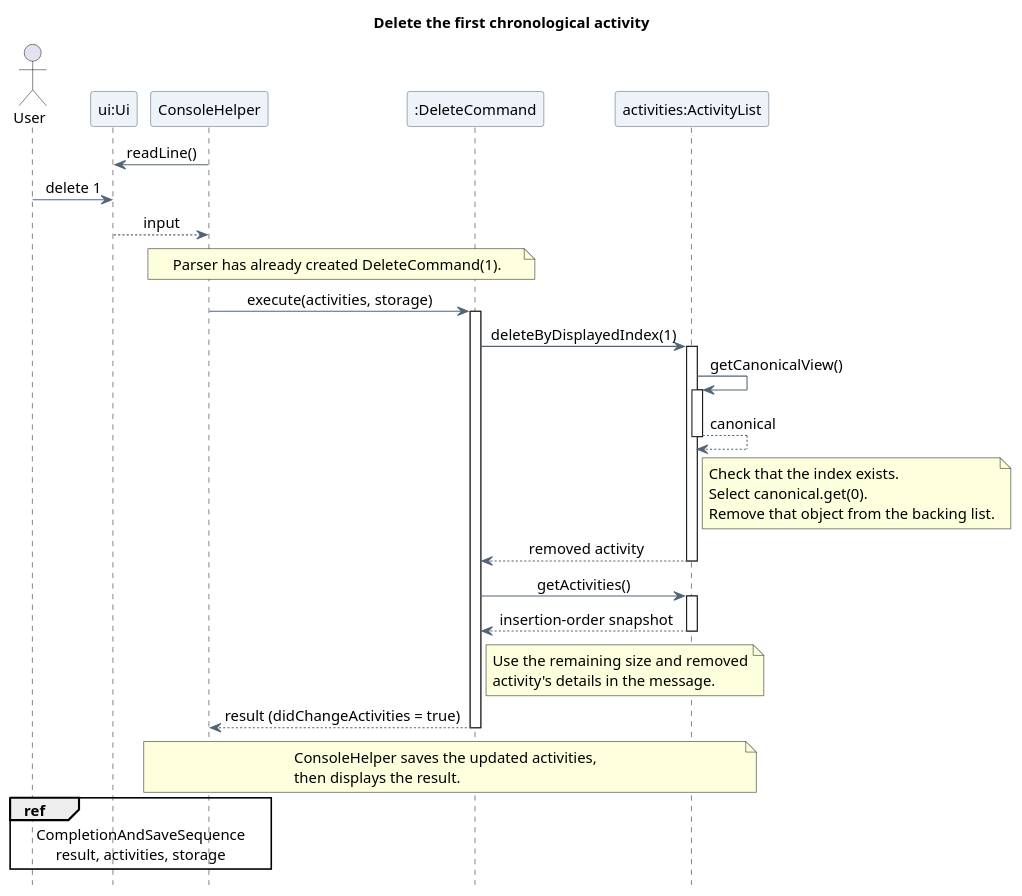
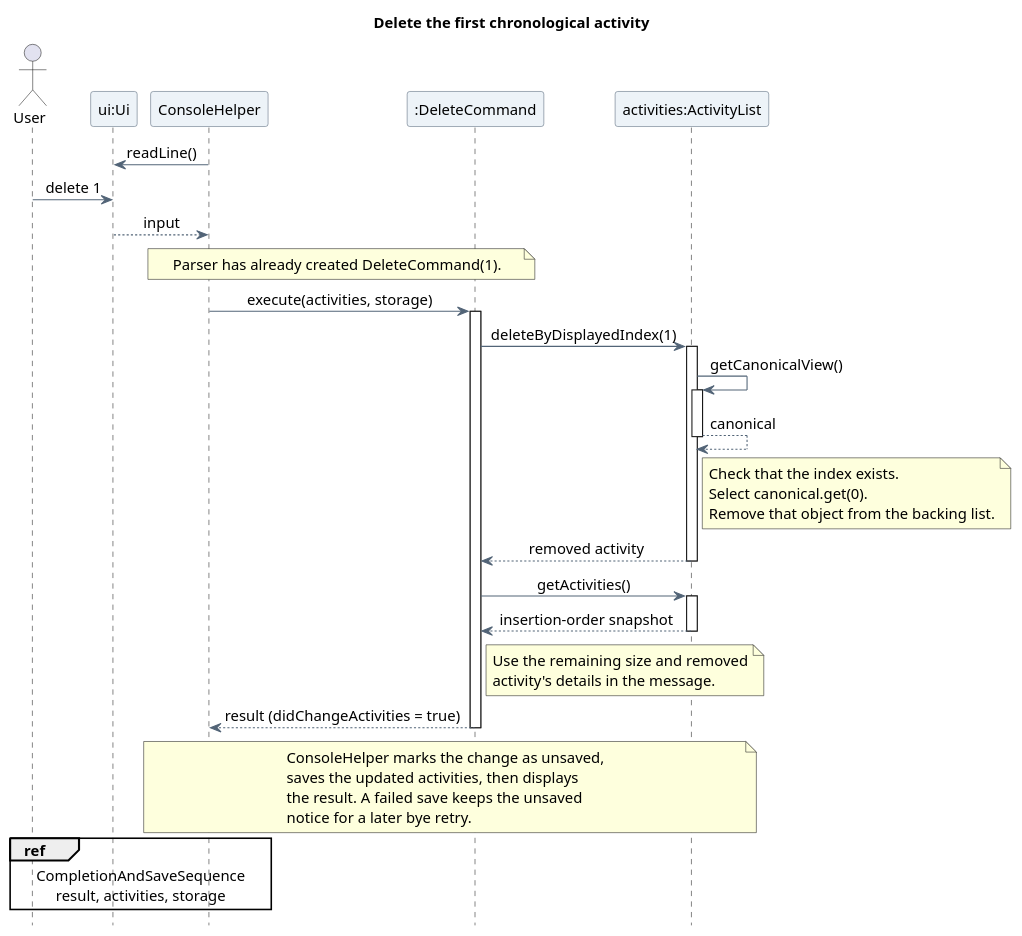
One commit to AY2627S1-CS2113-T10-4/tp changed the diagram in docs/diagrams/asyraf/sequence/DeleteActivitySequence.puml. Above: the diagram before and after it, drawn with PlantUML. The commit also changed 1 other file, not shown here.

Commit message:
docs: update Asyraf diagrams
Merge conflict-resolved Asyraf diagram updates.

```diff
--- a/docs/diagrams/asyraf/sequence/DeleteActivitySequence.puml
+++ b/docs/diagrams/asyraf/sequence/DeleteActivitySequence.puml
@@ -2,59 +2,61 @@
 @startuml
 title Delete the first chronological activity
 skinparam backgroundColor white
 skinparam shadowing false
 skinparam defaultFontName SansSerif
 skinparam defaultFontSize 14
 skinparam ParticipantBackgroundColor #EDF3F8
 skinparam ParticipantBorderColor #526477
 skinparam ArrowColor #526477
 skinparam sequenceMessageAlign center
 hide footbox
 
 actor "User" as User
 participant "ui:Ui" as UI
 participant "ConsoleHelper" as Console
 participant ":DeleteCommand" as Delete
 participant "activities:ActivityList" as Activities
 
 Console -> UI : readLine()
 User -> UI : delete 1
 UI --> Console : input
 
 note over Console, Delete
   Parser has already created DeleteCommand(1).
 end note
 Console -> Delete : execute(activities, storage)
 activate Delete
 Delete -> Activities : deleteByDisplayedIndex(1)
 activate Activities
 Activities -> Activities : getCanonicalView()
 activate Activities
 Activities --> Activities : canonical
 deactivate Activities
 note right of Activities
   Check that the index exists.
   Select canonical.get(0).
   Remove that object from the backing list.
 end note
 Activities --> Delete : removed activity
 deactivate Activities
 Delete -> Activities : getActivities()
 activate Activities
 Activities --> Delete : insertion-order snapshot
 deactivate Activities
 note right of Delete
   Use the remaining size and removed
   activity's details in the message.
 end note
 Delete --> Console : result (didChangeActivities = true)
 deactivate Delete
 note over Console, Activities
-  ConsoleHelper saves the updated activities,
-  then displays the result.
+  ConsoleHelper marks the change as unsaved,
+  saves the updated activities, then displays
+  the result. A failed save keeps the unsaved
+  notice for a later bye retry.
 end note
 ref over User, Console
   CompletionAndSaveSequence
   result, activities, storage
 end ref
 @enduml
```
